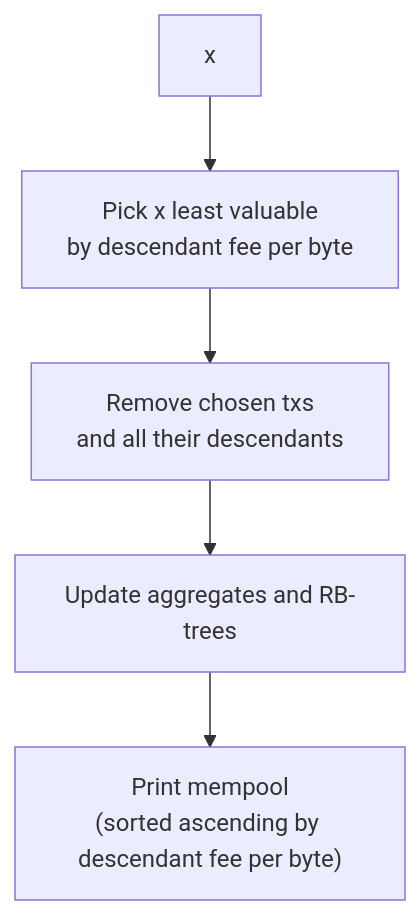
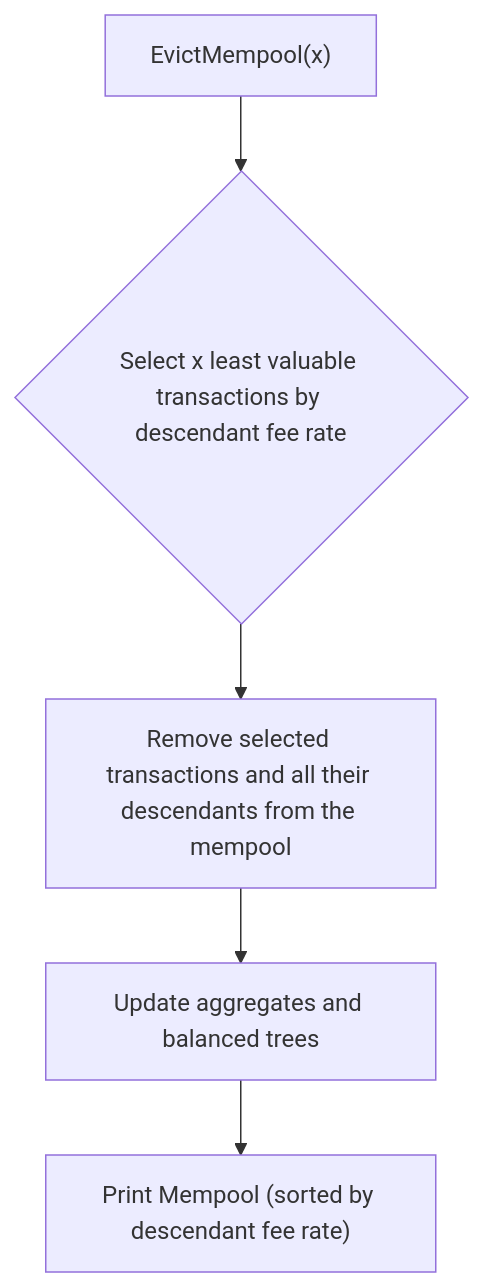
Before and after one commit to SwimmingRieux/DS-Blockchain: the second of 3 diagrams in docs/concepts/mempool.md, drawn with Mermaid. The commit also changed other lines of this file and 10 other files, not shown here.

````diff
--- a/docs/concepts/mempool.md
+++ b/docs/concepts/mempool.md
@@ -31,7 +48,7 @@
-<div class="mermaid">
+```mermaid
 flowchart TD
-  X["x"] --> P["Pick x least valuable<br/>by descendant fee per byte"]
-  P --> D["Remove chosen txs<br/>and all their descendants"]
-  D --> U["Update aggregates and RB-trees"]
-  U --> O["Print mempool<br/>(sorted ascending by descendant fee per byte)"]
-</div>
+    A["EvictMempool(x)"] --> B{Select x least valuable transactions by descendant fee rate}
+    B --> C[Remove selected transactions and all their descendants from the mempool]
+    C --> D[Update aggregates and balanced trees]
+    D --> E["Print Mempool (sorted by descendant fee rate)"]
+```
````
